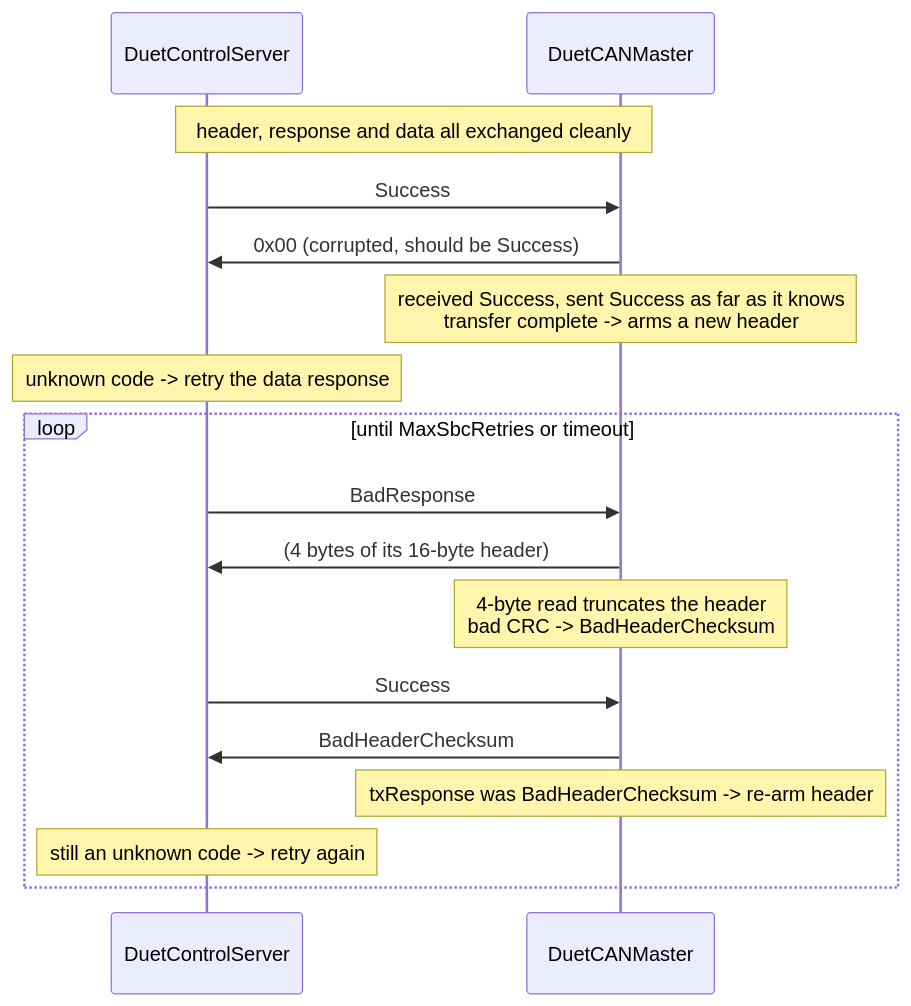
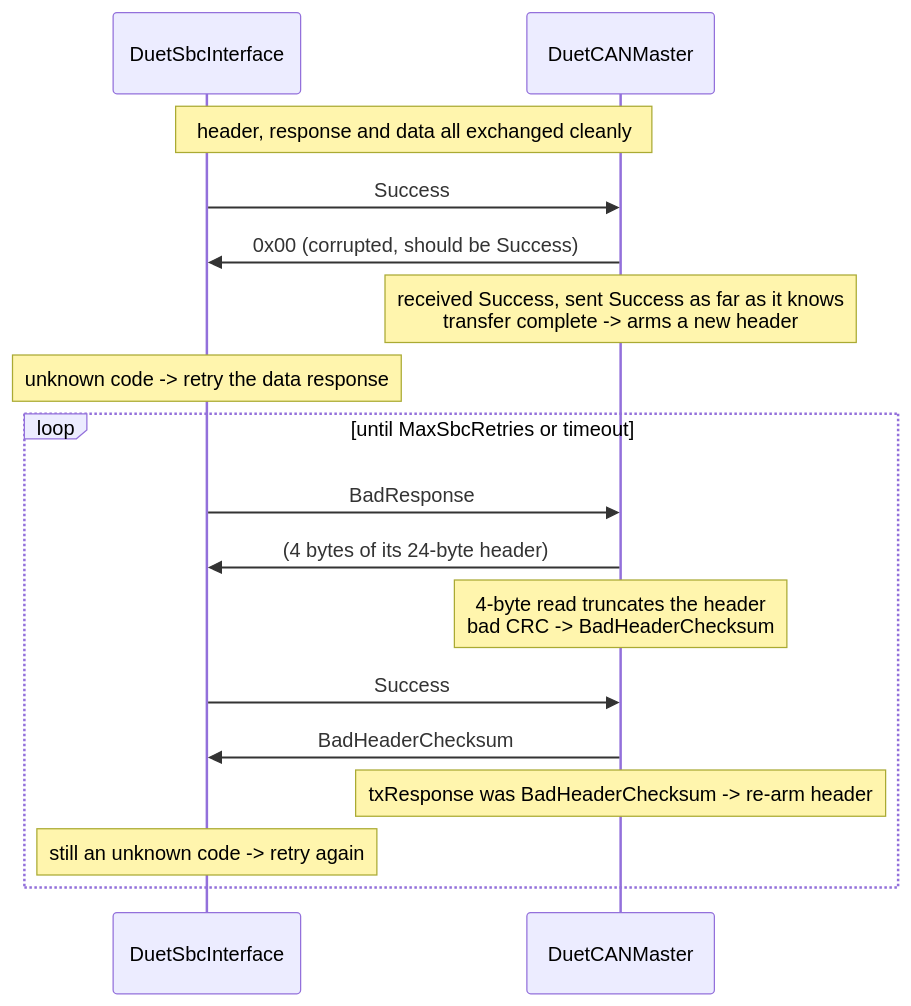
Before and after one commit to Duet3D/DuetSoftwareFramework: the fourth of 4 diagrams in src/Documentation/articles/spi-state-machine.md, drawn with Mermaid. The commit also changed other lines of this file and 8 other files, not shown here.

````diff
--- a/src/Documentation/articles/spi-state-machine.md
+++ b/src/Documentation/articles/spi-state-machine.md
@@ -378,21 +385,21 @@
 ```mermaid
 sequenceDiagram
-    participant DCS as DuetControlServer
-    participant RRF as DuetCANMaster
+    participant SBC as DuetSbcInterface
+    participant CTRL as DuetCANMaster
 
-    Note over DCS,RRF: header, response and data all exchanged cleanly
-    DCS->>RRF: Success
-    RRF->>DCS: 0x00 (corrupted, should be Success)
-    Note over RRF: received Success, sent Success as far as it knows<br/>transfer complete -> arms a new header
-    Note over DCS: unknown code -> retry the data response
+    Note over SBC,CTRL: header, response and data all exchanged cleanly
+    SBC->>CTRL: Success
+    CTRL->>SBC: 0x00 (corrupted, should be Success)
+    Note over CTRL: received Success, sent Success as far as it knows<br/>transfer complete -> arms a new header
+    Note over SBC: unknown code -> retry the data response
 
     loop until MaxSbcRetries or timeout
-        DCS->>RRF: BadResponse
-        RRF->>DCS: (4 bytes of its 16-byte header)
-        Note over RRF: 4-byte read truncates the header<br/>bad CRC -> BadHeaderChecksum
-        DCS->>RRF: Success
-        RRF->>DCS: BadHeaderChecksum
-        Note over RRF: txResponse was BadHeaderChecksum -> re-arm header
-        Note over DCS: still an unknown code -> retry again
+        SBC->>CTRL: BadResponse
+        CTRL->>SBC: (4 bytes of its 24-byte header)
+        Note over CTRL: 4-byte read truncates the header<br/>bad CRC -> BadHeaderChecksum
+        SBC->>CTRL: Success
+        CTRL->>SBC: BadHeaderChecksum
+        Note over CTRL: txResponse was BadHeaderChecksum -> re-arm header
+        Note over SBC: still an unknown code -> retry again
     end
 ```
````
